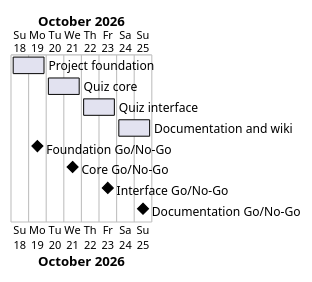
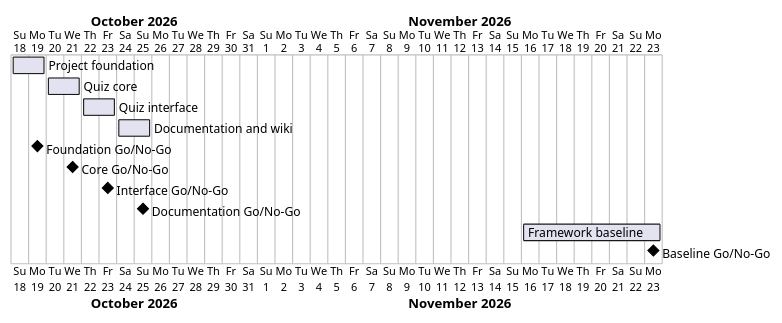
Before and after one commit to Tirsvad-Udemy-100-days-of-code/034-quizzler: the diagram in docs/project-plan.md, drawn with PlantUML. The commit also changed other lines of this file and 15 other files, not shown here.

First line of the commit message:
MIL-005 Framework baseline

````diff
--- a/docs/project-plan.md
+++ b/docs/project-plan.md
@@ -37,13 +40,15 @@
 ```plantuml
 @startgantt
 Project starts 2026-10-18
 [Project foundation] starts 2026-10-18 and ends 2026-10-19
 [Quiz core] starts 2026-10-20 and ends 2026-10-21
 [Quiz interface] starts 2026-10-22 and ends 2026-10-23
 [Documentation and wiki] starts 2026-10-24 and ends 2026-10-25
 [Foundation Go/No-Go] happens 2026-10-19
 [Core Go/No-Go] happens 2026-10-21
 [Interface Go/No-Go] happens 2026-10-23
 [Documentation Go/No-Go] happens 2026-10-25
+[Framework baseline] starts 2026-11-16 and ends 2026-11-23
+[Baseline Go/No-Go] happens 2026-11-23
 @endgantt
 ```
````
